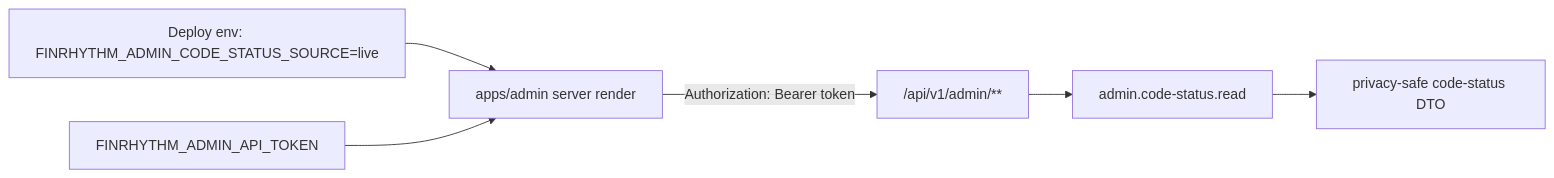
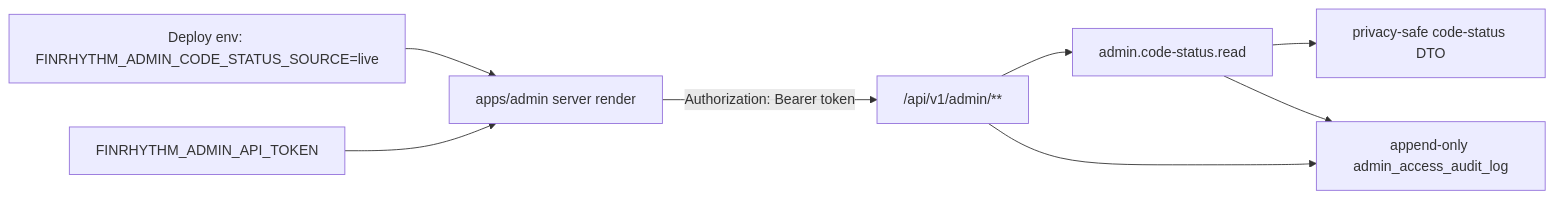
One commit to UnidentifiedRaccoon/Finrhythm changed the second of 3 diagrams in docs/architecture/access-and-subscriptions.md. Above: the diagram before and after it, drawn with Mermaid. The commit also changed other lines of this file and 54 other files, not shown here.

````diff
--- a/docs/architecture/access-and-subscriptions.md
+++ b/docs/architecture/access-and-subscriptions.md
@@ -196,8 +198,10 @@
 ```mermaid
 flowchart LR
     ENV["Deploy env: FINRHYTHM_ADMIN_CODE_STATUS_SOURCE=live"] --> UI["apps/admin server render"]
     TOKEN["FINRHYTHM_ADMIN_API_TOKEN"] --> UI
     UI -->|Authorization: Bearer token| API["/api/v1/admin/**"]
     API --> PERM["admin.code-status.read"]
     PERM --> STATUS["privacy-safe code-status DTO"]
+    API --> AUDIT["append-only admin_access_audit_log"]
+    PERM --> AUDIT
 ```
````
